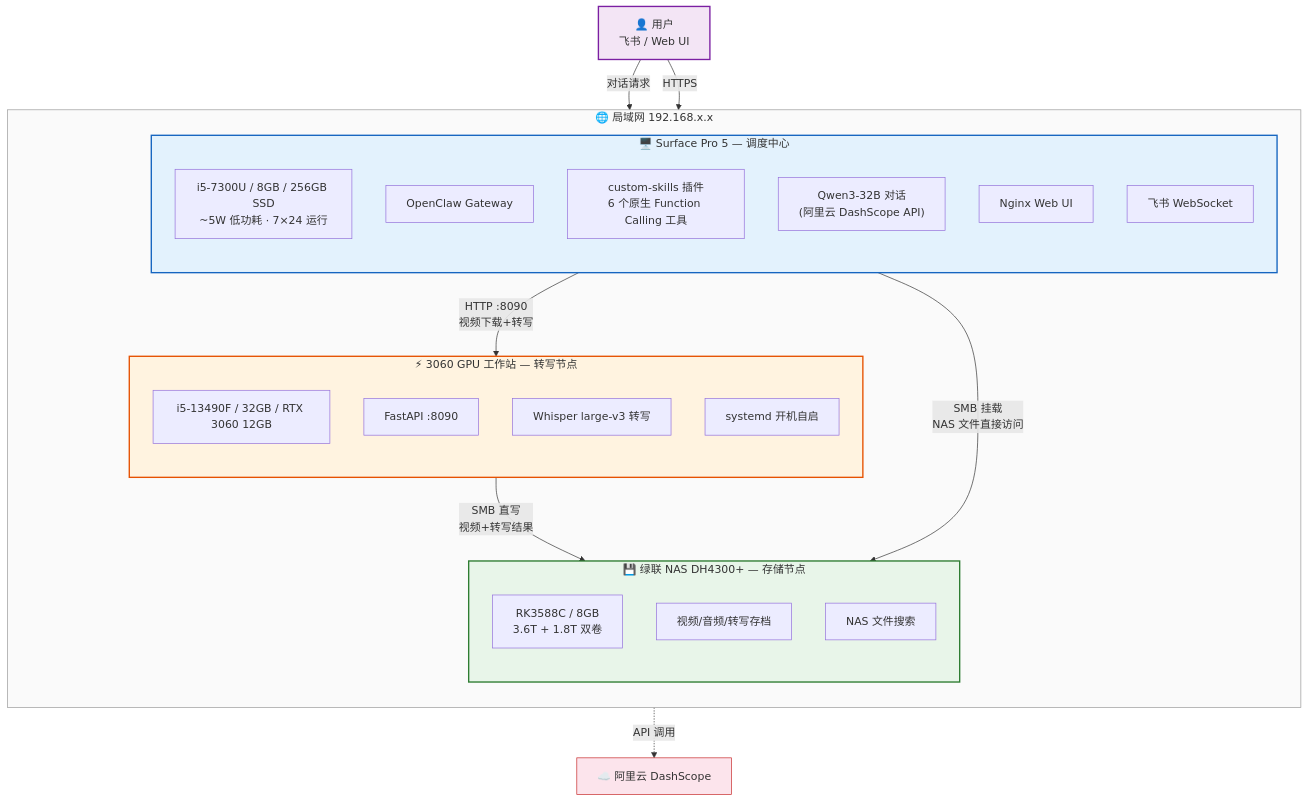
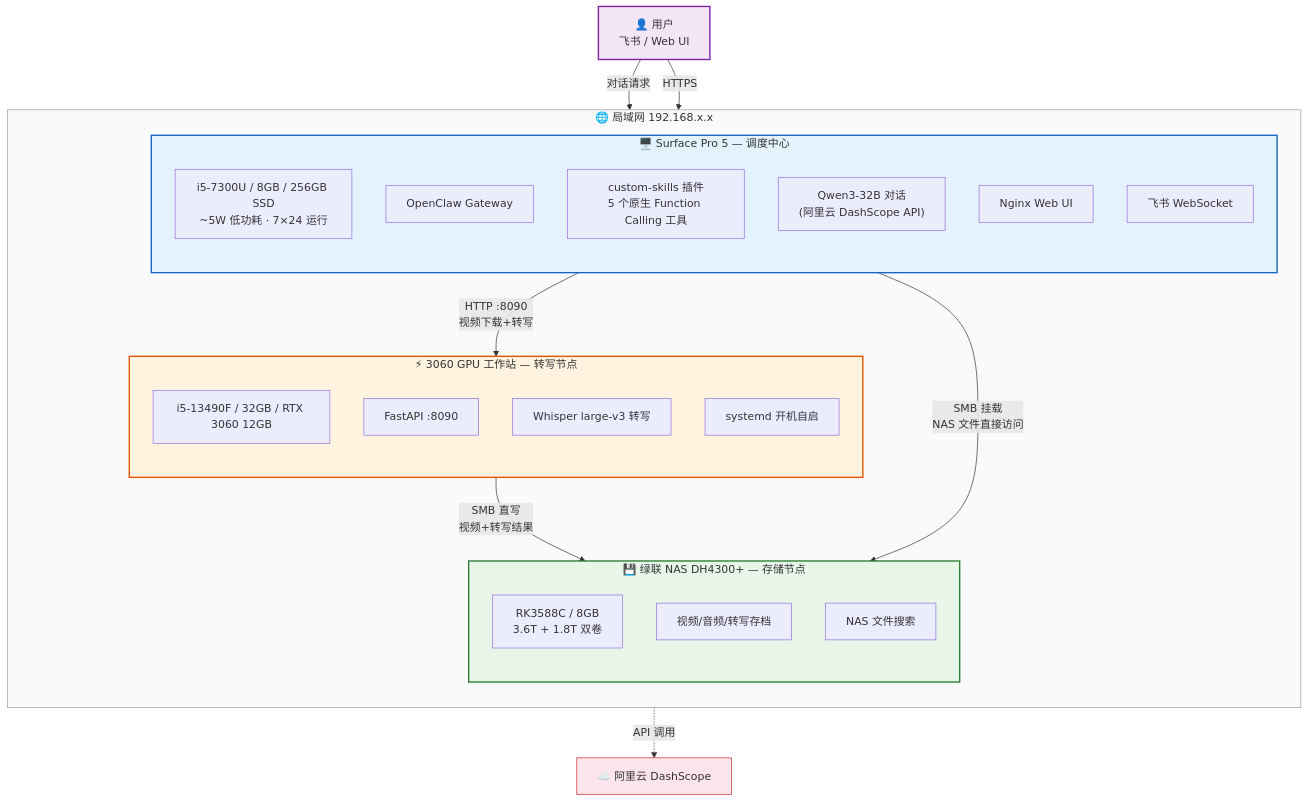
Before and after one commit to chenweidu666/OpenClaw-Private-AI: the first of 2 diagrams in README.md, drawn with Mermaid. The commit also changed other lines of this file and 2 other files, not shown here.

````diff
--- a/README.md
+++ b/README.md
@@ -29,45 +29,45 @@
 ```mermaid
 graph TB
     subgraph LAN["🌐 局域网 192.168.x.x"]
         direction TB
 
         subgraph SURFACE["🖥️ Surface Pro 5 — 调度中心"]
             direction TB
             S_HW["i5-7300U / 8GB / 256GB SSD<br/>~5W 低功耗 · 7×24 运行"]
             S1["OpenClaw Gateway"]
-            S_PLUGIN["custom-skills 插件<br/>6 个原生 Function Calling 工具"]
+            S_PLUGIN["custom-skills 插件<br/>5 个原生 Function Calling 工具"]
             S2["Qwen3-32B 对话<br/>(阿里云 DashScope API)"]
             S3["Nginx Web UI"]
             S4["飞书 WebSocket"]
         end
 
         subgraph GPU["⚡ 3060 GPU 工作站 — 转写节点"]
             direction TB
             G_HW["i5-13490F / 32GB / RTX 3060 12GB"]
             G1["FastAPI :8090"]
             G2["Whisper large-v3 转写"]
             G4["systemd 开机自启"]
         end
 
         subgraph NAS["💾 绿联 NAS DH4300+ — 存储节点"]
             direction TB
             N_HW["RK3588C / 8GB<br/>3.6T + 1.8T 双卷"]
             N1["视频/音频/转写存档"]
             N2["NAS 文件搜索"]
         end
     end
 
     USER["👤 用户<br/>飞书 / Web UI"] -->|"对话请求"| S4
     USER -->|"HTTPS"| S3
     S1 -->|"HTTP :8090<br/>视频下载+转写"| G1
     S1 -->|"SMB 挂载<br/>NAS 文件直接访问"| N2
     G1 -->|"SMB 直写<br/>视频+转写结果"| N1
     S2 -.->|"API 调用"| CLOUD["☁️ 阿里云 DashScope"]
 
     style SURFACE fill:#e3f2fd,stroke:#1565c0,stroke-width:2px
     style GPU fill:#fff3e0,stroke:#e65100,stroke-width:2px
     style NAS fill:#e8f5e9,stroke:#2e7d32,stroke-width:2px
     style LAN fill:#fafafa,stroke:#999,stroke-width:1px
     style USER fill:#f3e5f5,stroke:#7b1fa2,stroke-width:2px
     style CLOUD fill:#fce4ec,stroke:#c62828,stroke-width:1px
 ```
````
